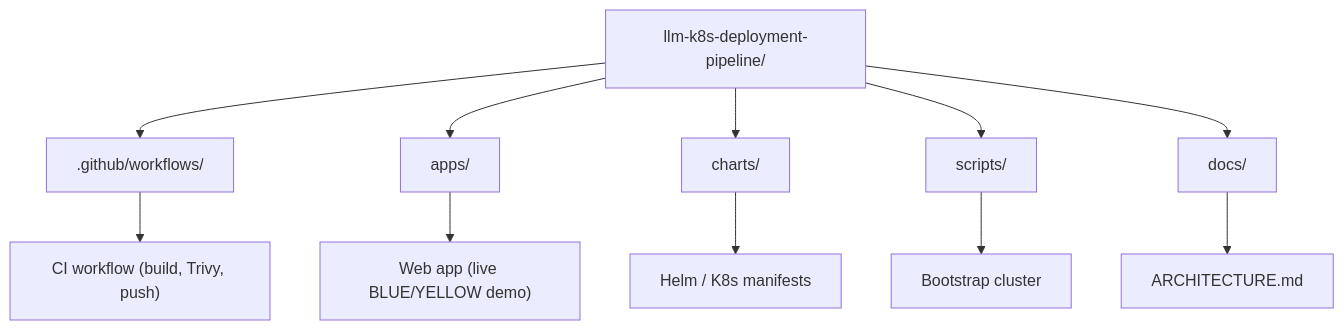
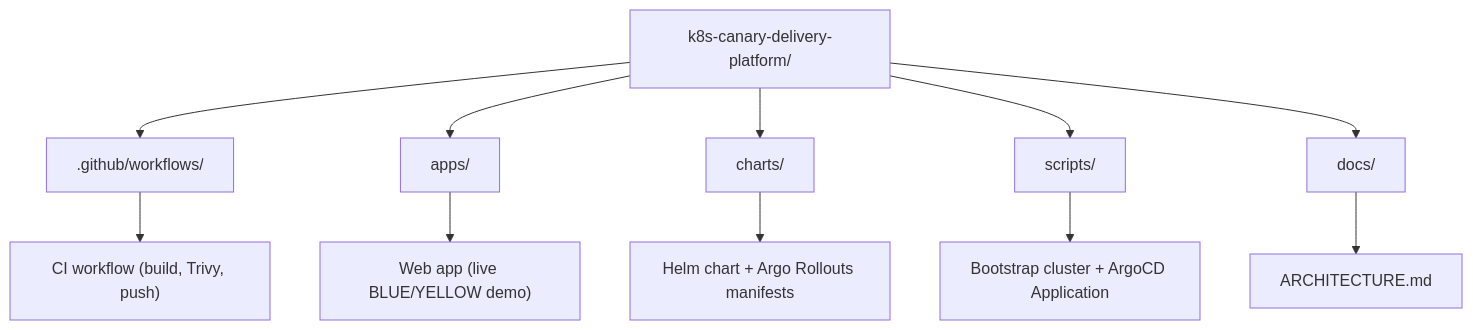
One commit to bullet-ant/k8s-canary-delivery-platform changed the second of 2 diagrams in README.md. Above: the diagram before and after it, drawn with Mermaid. The commit also changed other lines of this file and 17 other files, not shown here.

First line of the commit message:
Refactor project to K8s Canary Delivery Platform

````diff
--- a/README.md
+++ b/README.md
@@ -34,14 +34,14 @@
 ```mermaid
 flowchart TB
-    root["llm-k8s-deployment-pipeline/"]
+    root["k8s-canary-delivery-platform/"]
     root --> github[".github/workflows/"]
     root --> apps["apps/"]
     root --> charts["charts/"]
     root --> scripts["scripts/"]
     root --> docs["docs/"]
     github --> w["CI workflow (build, Trivy, push)"]
     apps --> m["Web app (live BLUE/YELLOW demo)"]
-    charts --> h["Helm / K8s manifests"]
-    scripts --> b["Bootstrap cluster"]
+    charts --> h["Helm chart + Argo Rollouts manifests"]
+    scripts --> b["Bootstrap cluster + ArgoCD Application"]
     docs --> a["ARCHITECTURE.md"]
 ```
````
